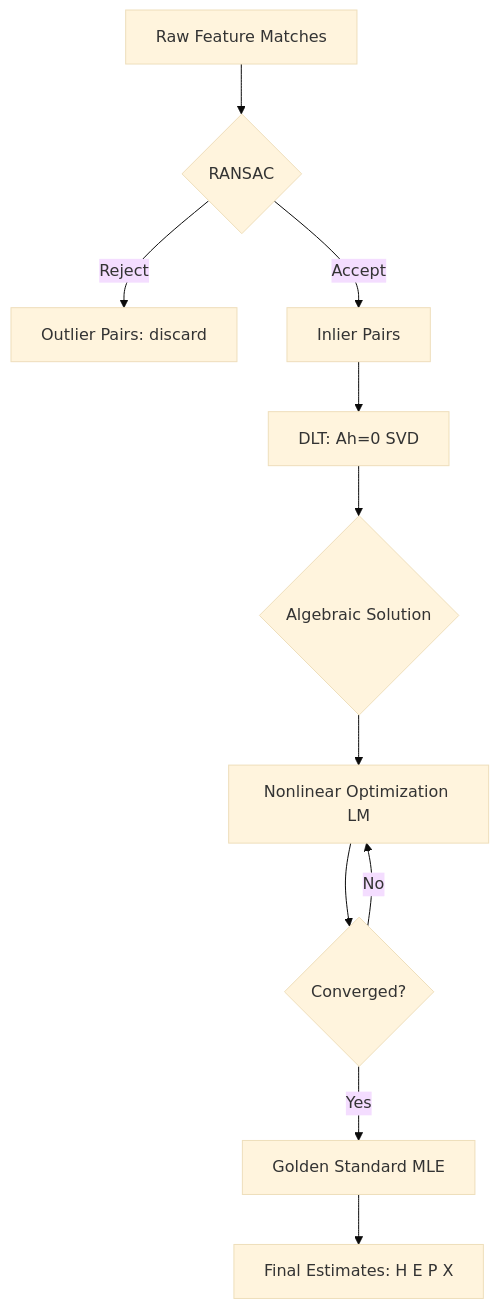
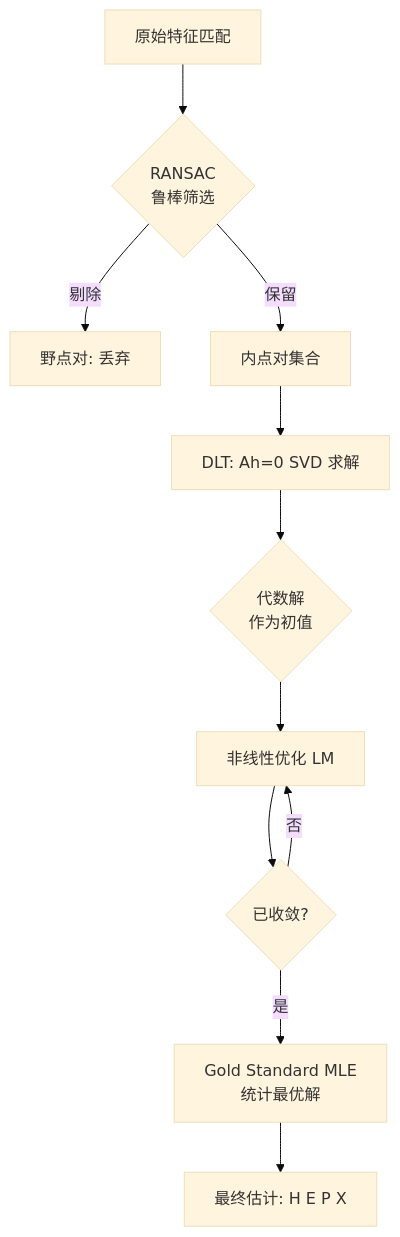
Before and after one commit to dull-bird/book_3d_cv: the second of 2 diagrams in src/00_basics/06_optimization.md, drawn with Mermaid (base theme). The commit also changed other lines of this file and 4 other files, not shown here.

First line of the commit message:
feat: 全部mermaid转为TD方向并使用中文(四象限图除外)

````diff
--- a/src/00_basics/06_optimization.md
+++ b/src/00_basics/06_optimization.md
@@ -239,13 +239,13 @@
 ```mermaid
 flowchart TD
-    A[Raw Feature Matches] --> B{RANSAC}
-    B -->|Reject| C[Outlier Pairs: discard]
-    B -->|Accept| D[Inlier Pairs]
-    D --> E[DLT: Ah=0 SVD]
-    E --> F{Algebraic Solution}
-    F --> G[Nonlinear Optimization LM]
-    G --> H{Converged?}
-    H -->|No| G
-    H -->|Yes| I[Golden Standard MLE]
-    I --> J[Final Estimates: H E P X]
+    A["原始特征匹配"] --> B{"RANSAC<br/>鲁棒筛选"}
+    B -->|"剔除"| C["野点对: 丢弃"]
+    B -->|"保留"| D["内点对集合"]
+    D --> E["DLT: Ah=0 SVD 求解"]
+    E --> F{"代数解<br/>作为初值"}
+    F --> G["非线性优化 LM"]
+    G --> H{"已收敛?"}
+    H -->|"否"| G
+    H -->|"是"| I["Gold Standard MLE<br/>统计最优解"]
+    I --> J["最终估计: H E P X"]
 ```
````
